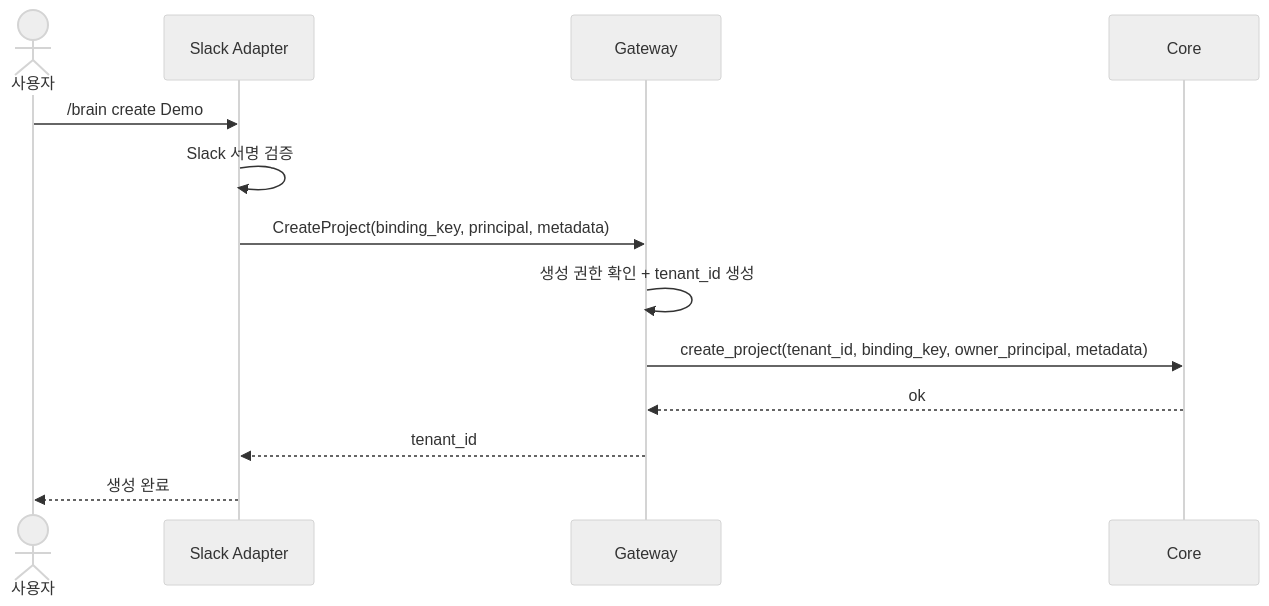
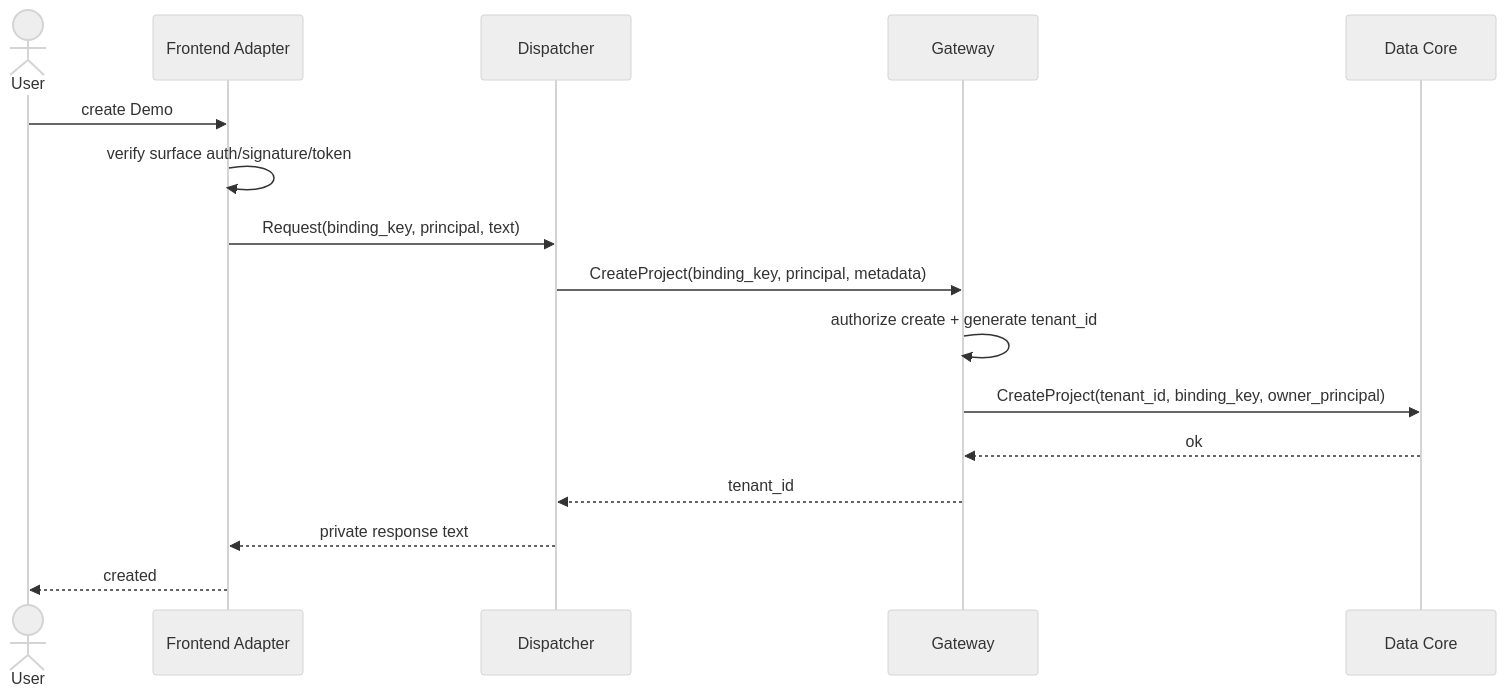
One commit to baekenough/workspace-brain changed the second of 4 diagrams in ARCHITECTURE.md. Above: the diagram before and after it, drawn with Mermaid (neutral theme). The commit also changed other lines of this file and 38 other files, not shown here.

````diff
--- a/ARCHITECTURE.md
+++ b/ARCHITECTURE.md
@@ -48,16 +98,19 @@
 ```mermaid
 sequenceDiagram
-    actor U as 사용자
-    participant S as Slack Adapter
+    actor User
+    participant A as Frontend Adapter
+    participant D as Dispatcher
     participant G as Gateway
-    participant C as Core
+    participant C as Data Core
 
-    U->>S: /brain create Demo
-    S->>S: Slack 서명 검증
-    S->>G: CreateProject(binding_key, principal, metadata)
-    G->>G: 생성 권한 확인 + tenant_id 생성
-    G->>C: create_project(tenant_id, binding_key, owner_principal, metadata)
+    User->>A: create Demo
+    A->>A: verify surface auth/signature/token
+    A->>D: Request(binding_key, principal, text)
+    D->>G: CreateProject(binding_key, principal, metadata)
+    G->>G: authorize create + generate tenant_id
+    G->>C: CreateProject(tenant_id, binding_key, owner_principal)
     C-->>G: ok
-    G-->>S: tenant_id
-    S-->>U: 생성 완료
+    G-->>D: tenant_id
+    D-->>A: private response text
+    A-->>User: created
 ```
````
